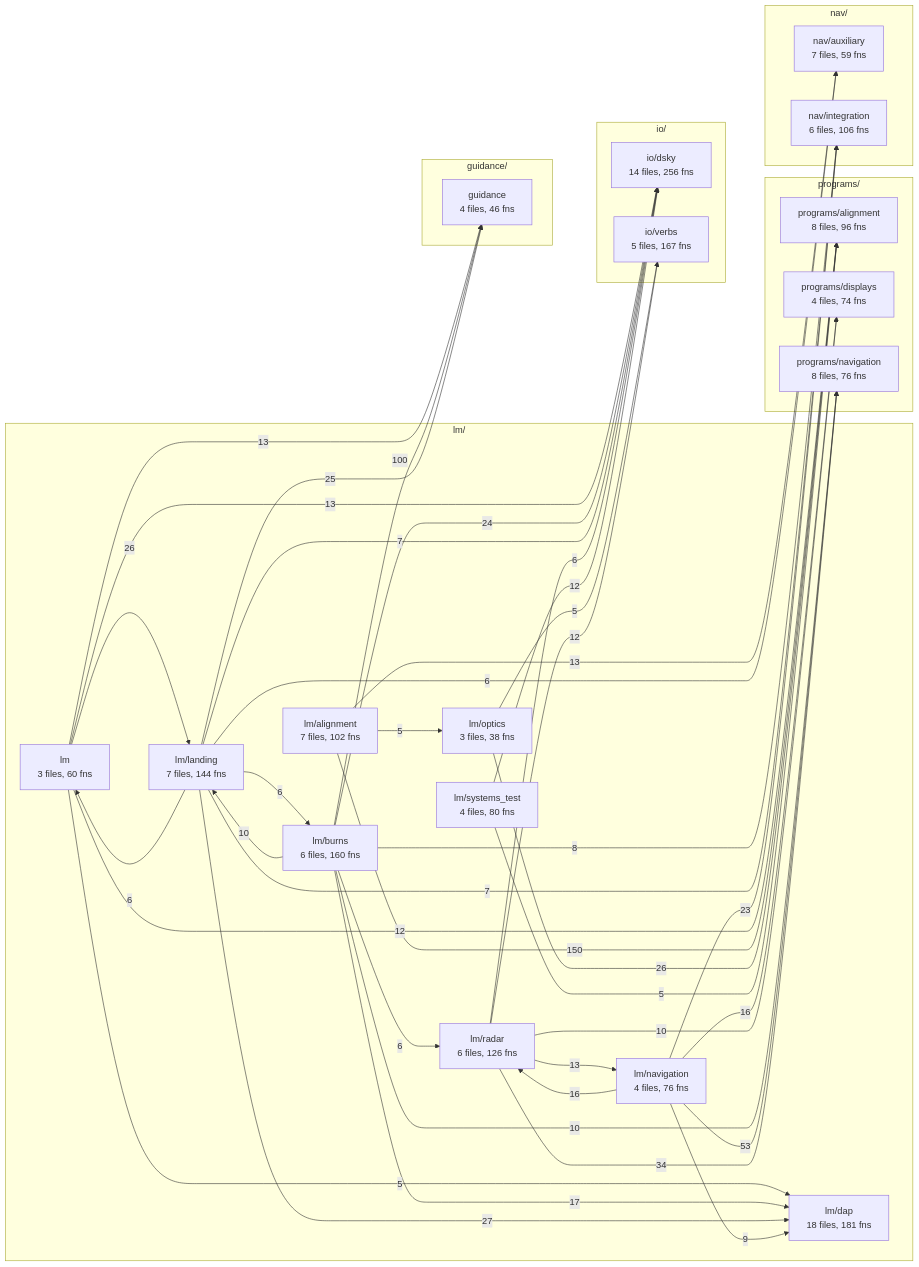
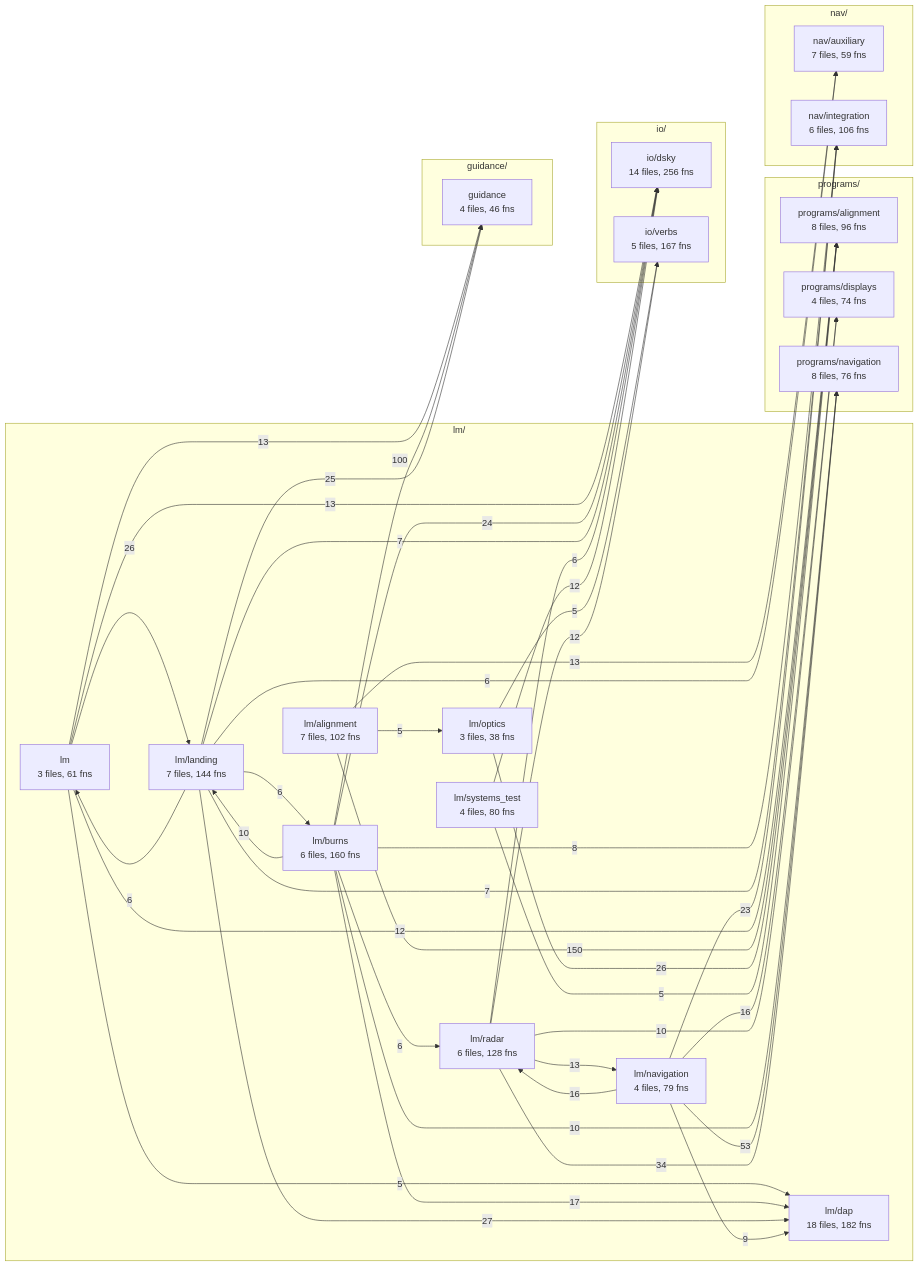
One commit to bobjoe400/apollo-c changed the fourth of 5 diagrams in docs/overview/README.md. Above: the diagram before and after it, drawn with Mermaid. The commit also changed other lines of this file and 47 other files, not shown here.

````diff
--- a/docs/overview/README.md
+++ b/docs/overview/README.md
@@ -458,66 +458,66 @@
 ```mermaid
 flowchart LR
     subgraph lm_layer["lm/"]
-        lm["lm<br/>3 files, 60 fns"]
+        lm["lm<br/>3 files, 61 fns"]
         lm_alignment["lm/alignment<br/>7 files, 102 fns"]
         lm_burns["lm/burns<br/>6 files, 160 fns"]
-        lm_dap["lm/dap<br/>18 files, 181 fns"]
+        lm_dap["lm/dap<br/>18 files, 182 fns"]
         lm_landing["lm/landing<br/>7 files, 144 fns"]
-        lm_navigation["lm/navigation<br/>4 files, 76 fns"]
+        lm_navigation["lm/navigation<br/>4 files, 79 fns"]
         lm_optics["lm/optics<br/>3 files, 38 fns"]
-        lm_radar["lm/radar<br/>6 files, 126 fns"]
+        lm_radar["lm/radar<br/>6 files, 128 fns"]
         lm_systems_test["lm/systems_test<br/>4 files, 80 fns"]
     end
     subgraph programs_layer["programs/"]
         programs_alignment["programs/alignment<br/>8 files, 96 fns"]
         programs_displays["programs/displays<br/>4 files, 74 fns"]
         programs_navigation["programs/navigation<br/>8 files, 76 fns"]
     end
     subgraph guidance_layer["guidance/"]
         guidance["guidance<br/>4 files, 46 fns"]
     end
     subgraph io_layer["io/"]
         io_dsky["io/dsky<br/>14 files, 256 fns"]
         io_verbs["io/verbs<br/>5 files, 167 fns"]
     end
     subgraph nav_layer["nav/"]
         nav_auxiliary["nav/auxiliary<br/>7 files, 59 fns"]
         nav_integration["nav/integration<br/>6 files, 106 fns"]
     end
     lm -->|13| guidance
     lm -->|13| io_dsky
     lm -->|5| lm_dap
     lm -->|26| lm_landing
     lm -->|12| programs_alignment
     lm_alignment -->|5| lm_optics
     lm_alignment -->|13| nav_auxiliary
     lm_alignment -->|150| programs_alignment
     lm_burns -->|100| guidance
     lm_burns -->|24| io_dsky
     lm_burns -->|17| lm_dap
     lm_burns -->|10| lm_landing
     lm_burns -->|6| lm_radar
     lm_burns -->|8| nav_integration
     lm_burns -->|10| programs_navigation
     lm_landing -->|25| guidance
     lm_landing -->|7| io_dsky
     lm_landing -->|6| lm
     lm_landing -->|6| lm_burns
     lm_landing -->|27| lm_dap
     lm_landing -->|6| nav_auxiliary
     lm_landing -->|7| nav_integration
     lm_navigation -->|9| lm_dap
     lm_navigation -->|16| lm_radar
     lm_navigation -->|23| nav_integration
     lm_navigation -->|16| programs_displays
     lm_navigation -->|53| programs_navigation
     lm_optics -->|5| io_verbs
     lm_optics -->|26| programs_alignment
     lm_radar -->|6| io_dsky
     lm_radar -->|12| io_verbs
     lm_radar -->|13| lm_navigation
     lm_radar -->|10| programs_displays
     lm_radar -->|34| programs_navigation
     lm_systems_test -->|12| io_dsky
     lm_systems_test -->|5| programs_alignment
 ```
````
